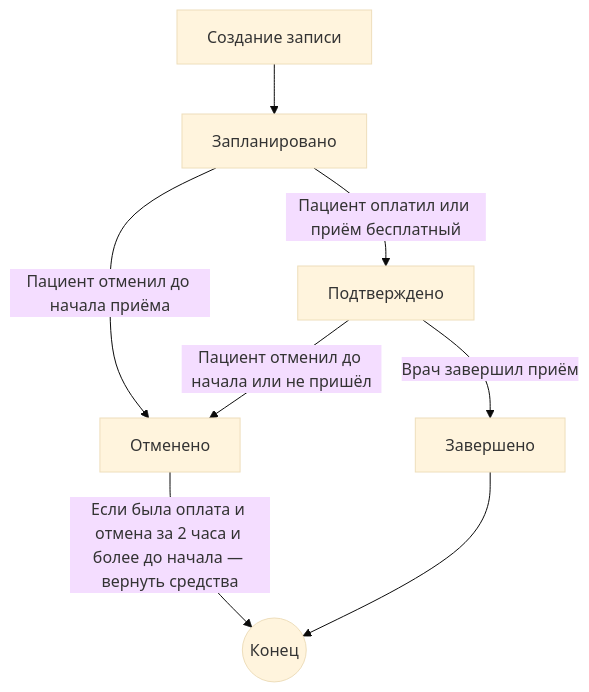
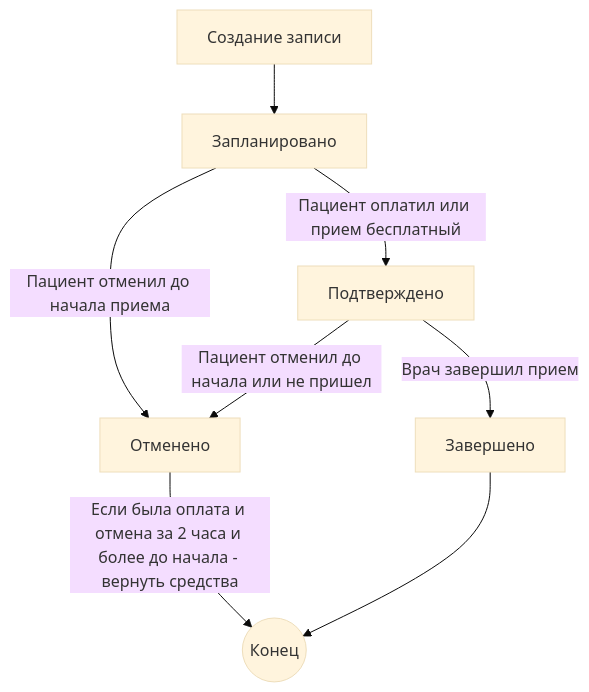
The first of 2 diagrams in che-dev-blog/dev/concepts/architecture/CRUD vs DDD.md (pprometey/che-dev-blog), drawn with Mermaid (base theme) before and after one commit. The commit also changed other lines of this file, not shown here.

````diff
--- a/che-dev-blog/dev/concepts/architecture/CRUD vs DDD.md
+++ b/che-dev-blog/dev/concepts/architecture/CRUD vs DDD.md
@@ -132,12 +140,12 @@
 ```mermaid
 flowchart TD
 
 A["Создание записи"] --> B["Запланировано"]
-B -->|Пациент оплатил или приём бесплатный| C["Подтверждено"]
-B -->|Пациент отменил до начала приёма| D["Отменено"]
-C -->|Пациент отменил до начала или не пришёл| D
-C -->|Врач завершил приём| E["Завершено"]
+B -->|Пациент оплатил или прием бесплатный| C["Подтверждено"]
+B -->|Пациент отменил до начала приема| D["Отменено"]
+C -->|Пациент отменил до начала или не пришел| D
+C -->|Врач завершил прием| E["Завершено"]
 
-D -->|Если была оплата и отмена за 2 часа и более до начала — вернуть средства| Z((Конец))
+D -->|Если была оплата и отмена за 2 часа и более до начала - вернуть средства| Z((Конец))
 E --> Z
 ```
````
